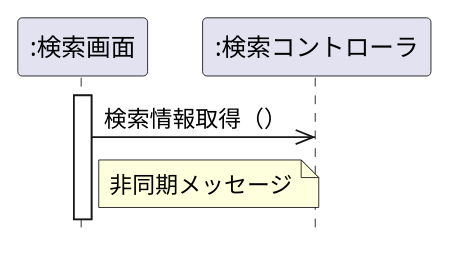
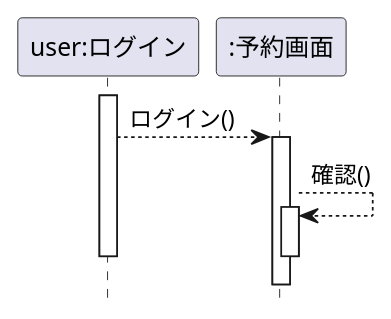
One commit to Mxvieee/uml-introduction changed the diagram in 演習4-2_SD_利用者と予約画面.pu. Above: the diagram before and after it, drawn with PlantUML.

Commit message:
4-2修正

```diff
--- a/演習4-2_SD_利用者と予約画面.pu
+++ b/演習4-2_SD_利用者と予約画面.pu
@@ -1,11 +1,12 @@
-@startuml
- hide footbox
-participant ":検索画面" as seach
-participant ":検索コントローラ" as control
-
-activate seach
-seach ->> control: 検索情報取得（）
-deactivate control
-
-note right of seach : 非同期メッセージ
+@startuml 利用者、予約画面
+hide footbox
+participant "user:ログイン" as a
+participant ":予約画面" as b
+activate a
+a --> b:ログイン()
+activate b
+b -->b:確認()
+activate b
+deactivate a
+deactivate b
 @enduml
```
